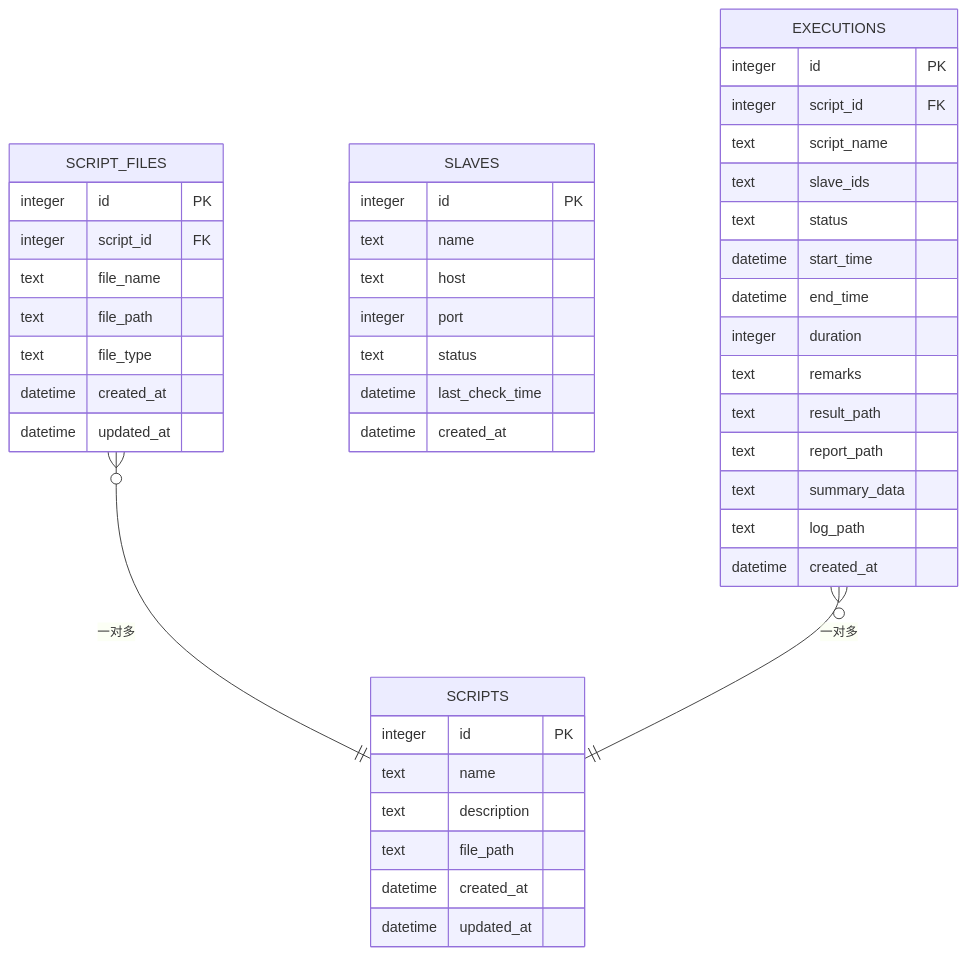
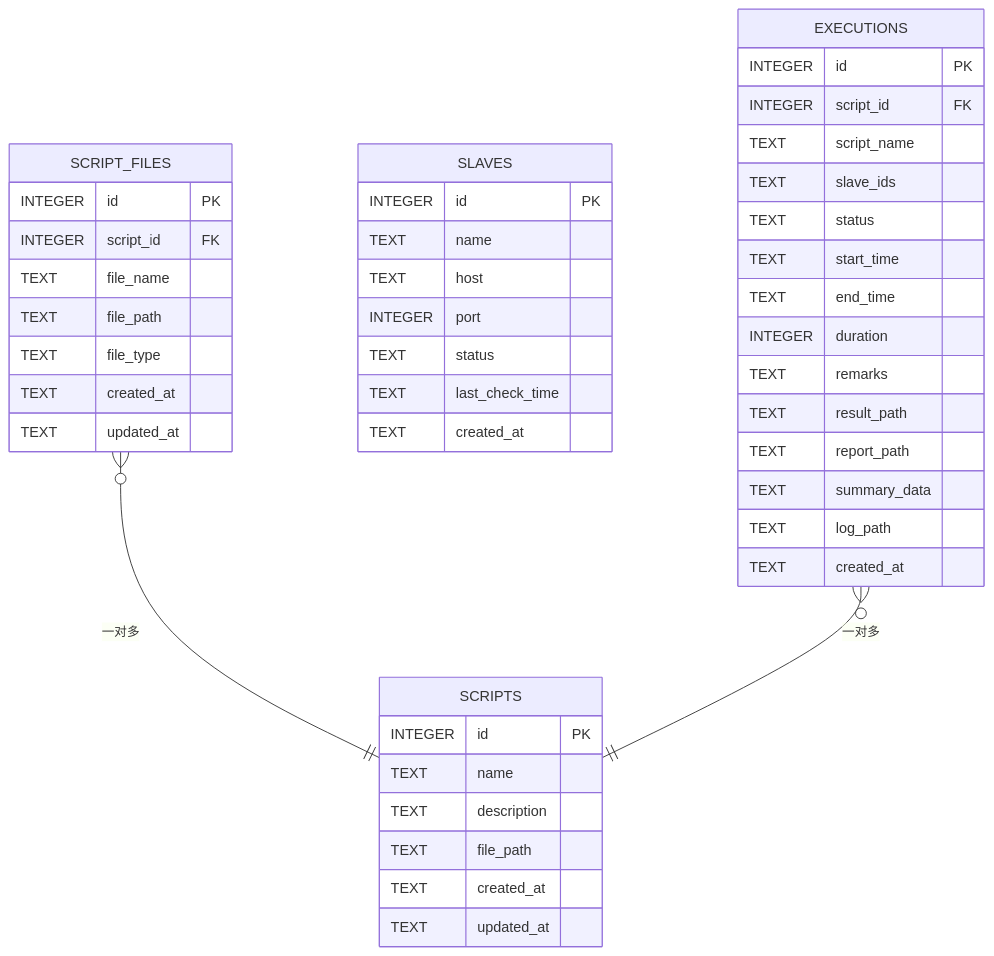
Before and after one commit to Liyuhao02/Jmeter-Admin: the third of 6 diagrams in .qoder/repowiki/zh/content/数据库设计/数据库设计.md, drawn with Mermaid. The commit also changed other lines of this file and 44 other files, not shown here.

````diff
--- a/.qoder/repowiki/zh/content/数据库设计/数据库设计.md
+++ b/.qoder/repowiki/zh/content/数据库设计/数据库设计.md
@@ -201,47 +216,47 @@
 ```mermaid
 erDiagram
 SCRIPTS {
-integer id PK
-text name
-text description
-text file_path
-datetime created_at
-datetime updated_at
+INTEGER id PK
+TEXT name
+TEXT description
+TEXT file_path
+TEXT created_at
+TEXT updated_at
 }
 SCRIPT_FILES {
-integer id PK
-integer script_id FK
-text file_name
-text file_path
-text file_type
-datetime created_at
-datetime updated_at
+INTEGER id PK
+INTEGER script_id FK
+TEXT file_name
+TEXT file_path
+TEXT file_type
+TEXT created_at
+TEXT updated_at
 }
 SLAVES {
-integer id PK
-text name
-text host
-integer port
-text status
-datetime last_check_time
-datetime created_at
+INTEGER id PK
+TEXT name
+TEXT host
+INTEGER port
+TEXT status
+TEXT last_check_time
+TEXT created_at
 }
 EXECUTIONS {
-integer id PK
-integer script_id FK
-text script_name
-text slave_ids
-text status
-datetime start_time
-datetime end_time
-integer duration
-text remarks
-text result_path
-text report_path
-text summary_data
-text log_path
-datetime created_at
+INTEGER id PK
+INTEGER script_id FK
+TEXT script_name
+TEXT slave_ids
+TEXT status
+TEXT start_time
+TEXT end_time
+INTEGER duration
+TEXT remarks
+TEXT result_path
+TEXT report_path
+TEXT summary_data
+TEXT log_path
+TEXT created_at
 }
 SCRIPT_FILES }o--|| SCRIPTS : "一对多"
 EXECUTIONS }o--|| SCRIPTS : "一对多"
 ```
````
